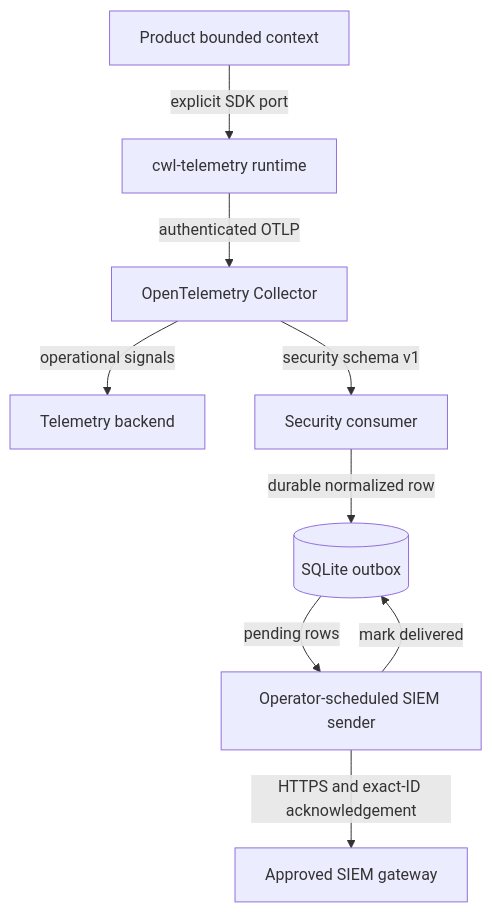
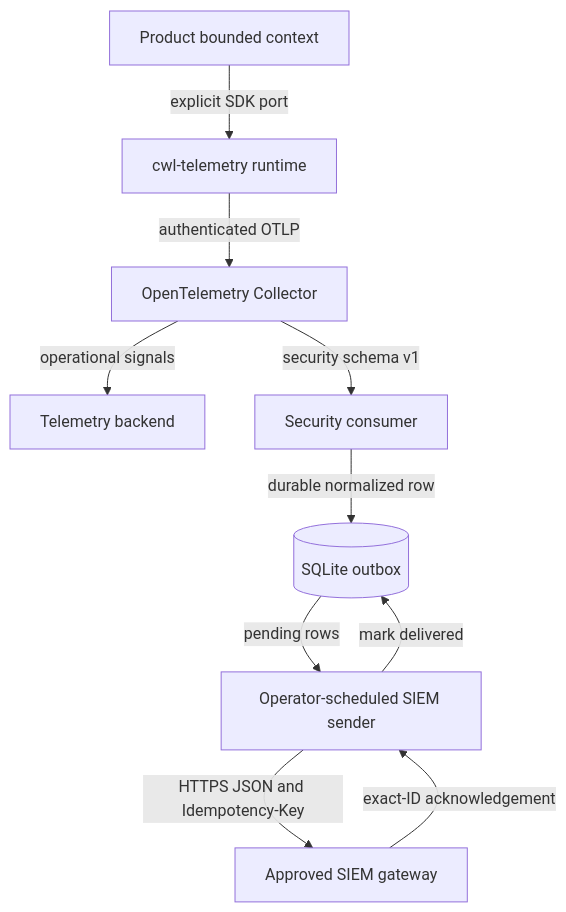
One commit to ContextualWisdomLab/cwl-telemetry changed the first of 3 diagrams in docs/product-technical-gap-baseline.md. Above: the diagram before and after it, drawn with Mermaid. The commit also changed other lines of this file, not shown here.

Commit message:
docs: clarify SIEM acknowledgement and outbox boundary

````diff
--- a/docs/product-technical-gap-baseline.md
+++ b/docs/product-technical-gap-baseline.md
@@ -52,11 +52,12 @@
 ```mermaid
 flowchart TD
     Product[Product bounded context] -->|explicit SDK port| Runtime[cwl-telemetry runtime]
     Runtime -->|authenticated OTLP| Collector[OpenTelemetry Collector]
     Collector -->|operational signals| Backend[Telemetry backend]
     Collector -->|security schema v1| Consumer[Security consumer]
     Consumer -->|durable normalized row| Outbox[(SQLite outbox)]
     Outbox -->|pending rows| Sender[Operator-scheduled SIEM sender]
-    Sender -->|HTTPS and exact-ID acknowledgement| SIEM[Approved SIEM gateway]
+    Sender -->|HTTPS JSON and Idempotency-Key| SIEM[Approved SIEM gateway]
+    SIEM -->|exact-ID acknowledgement| Sender
     Sender -->|mark delivered| Outbox
 ```
````
